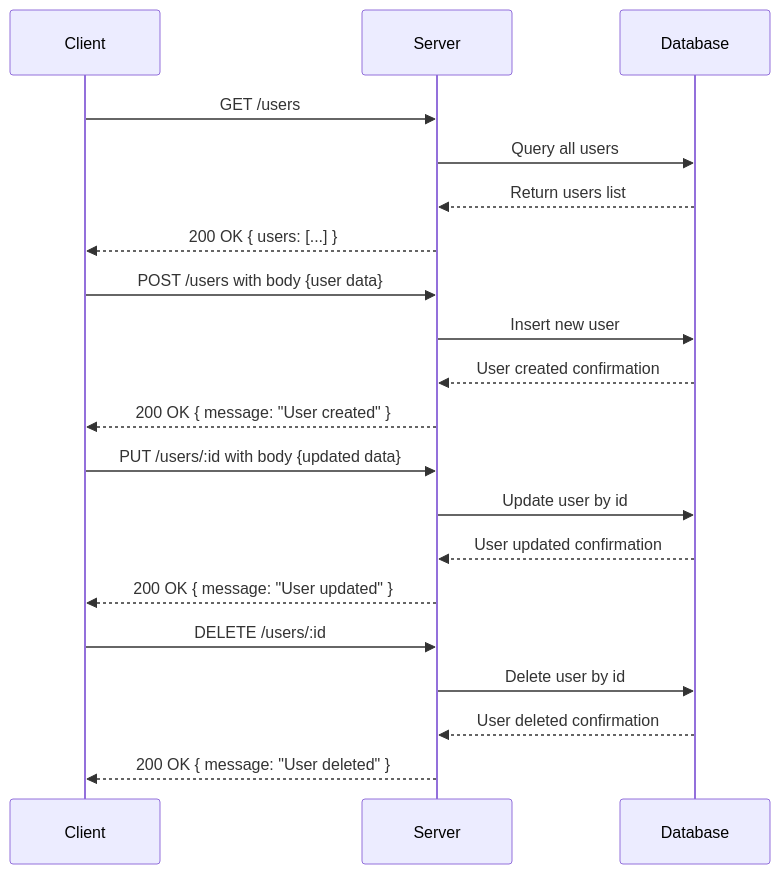
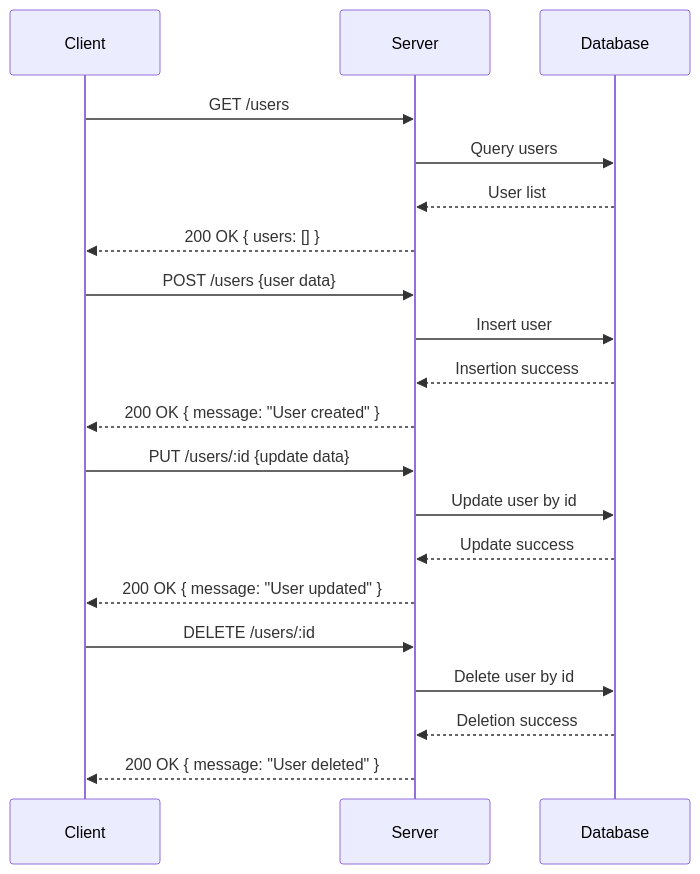
Before and after one commit to swmiya8/sample-api-key: the diagram in generated-api-docs.md, drawn with Mermaid. The commit also changed other lines of this file, not shown here.

````diff
--- a/generated-api-docs.md
+++ b/generated-api-docs.md
@@ -276,26 +218,26 @@
 ```mermaid
 sequenceDiagram
     participant Client
     participant Server
     participant Database
 
     Client->>Server: GET /users
-    Server->>Database: Query all users
-    Database-->>Server: Return users list
-    Server-->>Client: 200 OK { users: [...] }
+    Server->>Database: Query users
+    Database-->>Server: User list
+    Server-->>Client: 200 OK { users: [] }
 
-    Client->>Server: POST /users with body {user data}
-    Server->>Database: Insert new user
-    Database-->>Server: User created confirmation
+    Client->>Server: POST /users {user data}
+    Server->>Database: Insert user
+    Database-->>Server: Insertion success
     Server-->>Client: 200 OK { message: "User created" }
 
-    Client->>Server: PUT /users/:id with body {updated data}
+    Client->>Server: PUT /users/:id {update data}
     Server->>Database: Update user by id
-    Database-->>Server: User updated confirmation
+    Database-->>Server: Update success
     Server-->>Client: 200 OK { message: "User updated" }
 
     Client->>Server: DELETE /users/:id
     Server->>Database: Delete user by id
-    Database-->>Server: User deleted confirmation
+    Database-->>Server: Deletion success
     Server-->>Client: 200 OK { message: "User deleted" }
 ```
````
